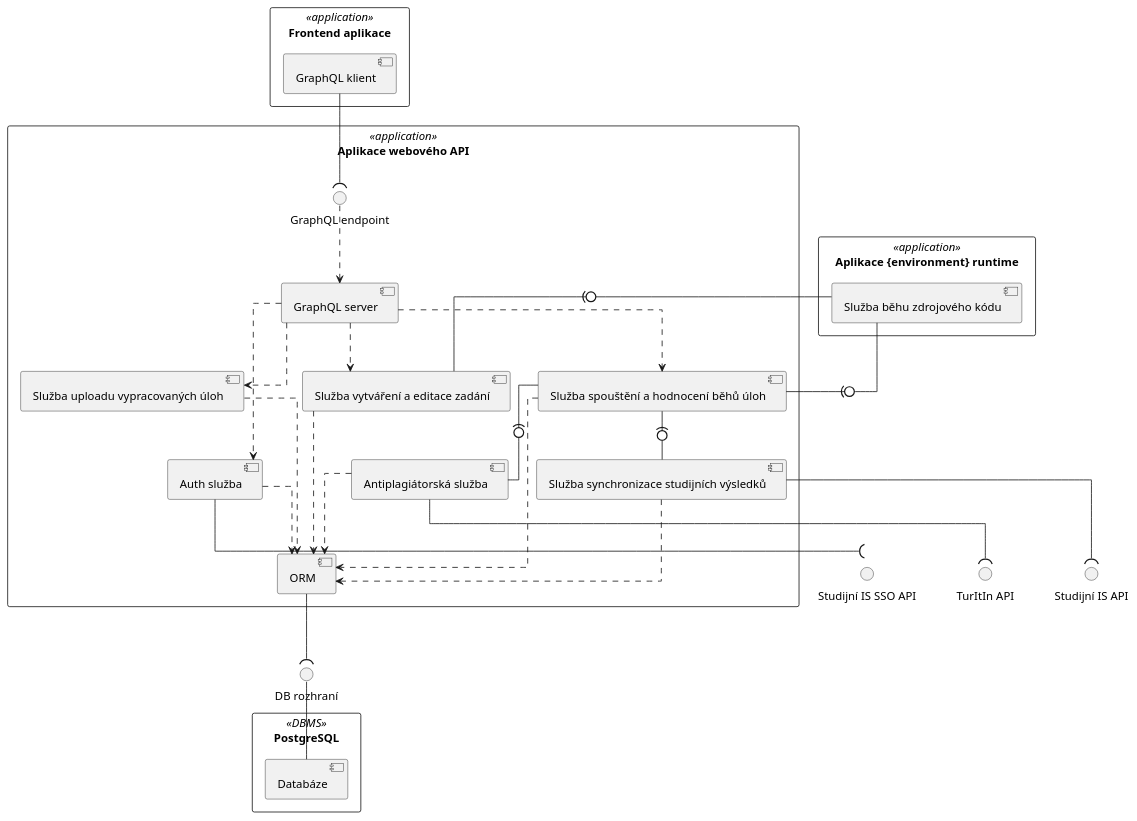
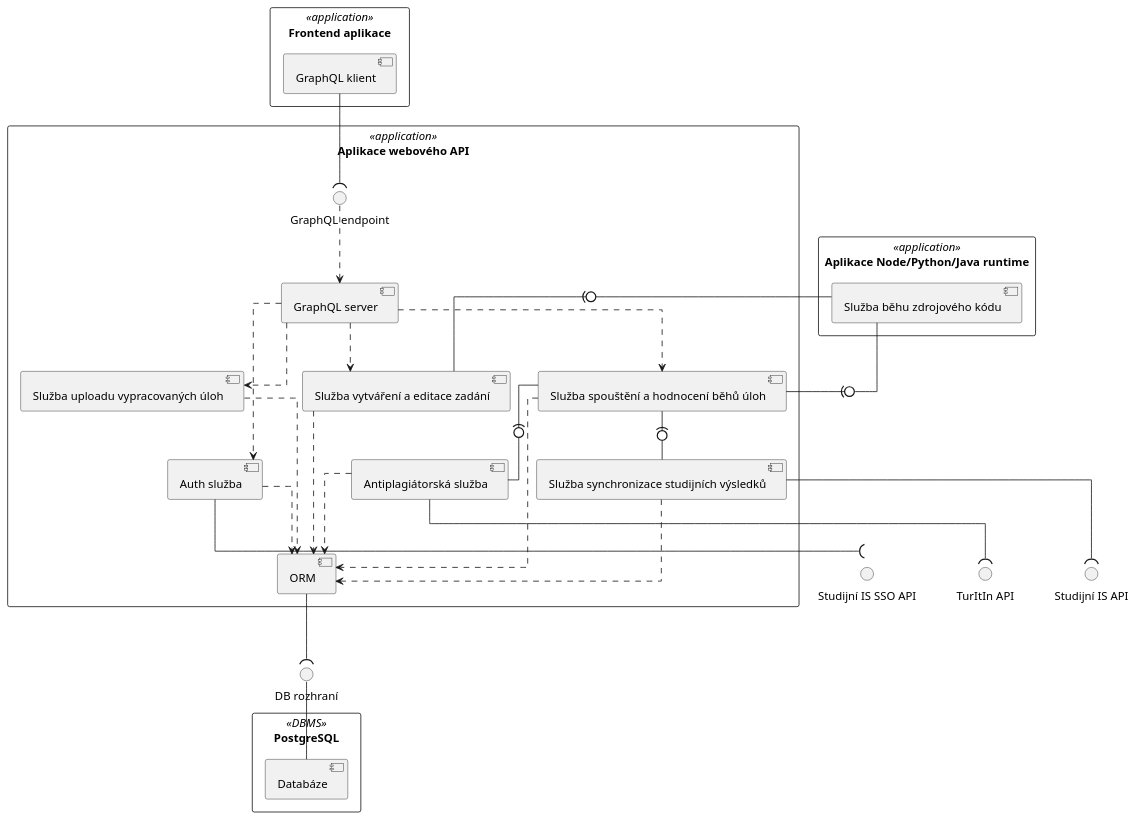
Before and after one commit to pehovorka/4IT575_architektury_docs: the diagram in assets/diagrams/src/soa/components.puml, drawn with PlantUML. The commit also changed 3 other files, not shown here.

```diff
--- a/assets/diagrams/src/soa/components.puml
+++ b/assets/diagrams/src/soa/components.puml
@@ -1,67 +1,67 @@
 @startuml
 skinparam linetype ortho
 
 rectangle "Frontend aplikace" <<application>> as frontendApp {
     component "GraphQL klient" as graphqlClient
 }
 
 rectangle "Aplikace webového API" <<application>> as webApiApp {
     component "GraphQL server" as graphqlServer
     component "Antiplagiátorská služba" as antiplagiarismService
     component "Auth služba" as authService
     component "Služba synchronizace studijních výsledků" as gradingSyncService
     component "Služba spouštění a hodnocení běhů úloh" as assesmentRuntimeAndEvaluationService
     component "Služba vytváření a editace zadání" as assessmentCreationService
     component "Služba uploadu vypracovaných úloh" as uploadService
     component "ORM" as ORM
 
     interface "GraphQL endpoint" as graphqlInterface
 }
 
-rectangle "Aplikace {environment} runtime" <<application>> as runtimeEnv {
+rectangle "Aplikace Node/Python/Java runtime" <<application>> as runtimeEnv {
     component "Služba běhu zdrojového kódu" as runtimeService
 }
 
 rectangle "PostgreSQL" <<DBMS>> {
     component "Databáze" as DB
 }
 
 
 interface "TurItIn API" as turnitinAPI
 interface "Studijní IS SSO API" as studyISSSO
 interface "Studijní IS API" as studyISAPI
 interface "DB rozhraní" as dbInterface
 
 
 graphqlClient --( graphqlInterface
 graphqlInterface ..> graphqlServer
 
 graphqlServer ..> assessmentCreationService
 graphqlServer ..> assesmentRuntimeAndEvaluationService
 graphqlServer ..> authService
 graphqlServer ..> uploadService
 
 assesmentRuntimeAndEvaluationService -(0- gradingSyncService
 assesmentRuntimeAndEvaluationService -(0- antiplagiarismService
 
 assesmentRuntimeAndEvaluationService -u(0- runtimeService
 assessmentCreationService -u(0- runtimeService
 
 
 antiplagiarismService --( turnitinAPI
 authService --( studyISSSO
 gradingSyncService --( studyISAPI
 
 assessmentCreationService ..> ORM
 assesmentRuntimeAndEvaluationService ..> ORM
 uploadService ..> ORM
 gradingSyncService ..> ORM
 antiplagiarismService ..> ORM
 authService ..> ORM
 
 
 ORM --( dbInterface
 dbInterface -- DB
 
 
 @enduml
```
